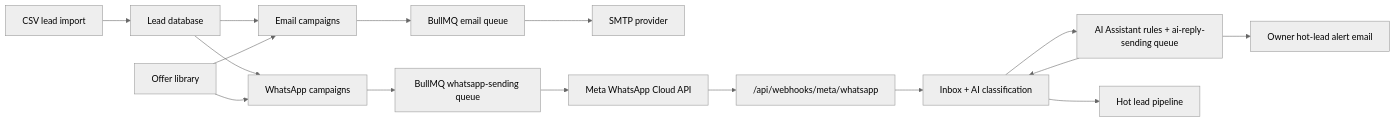
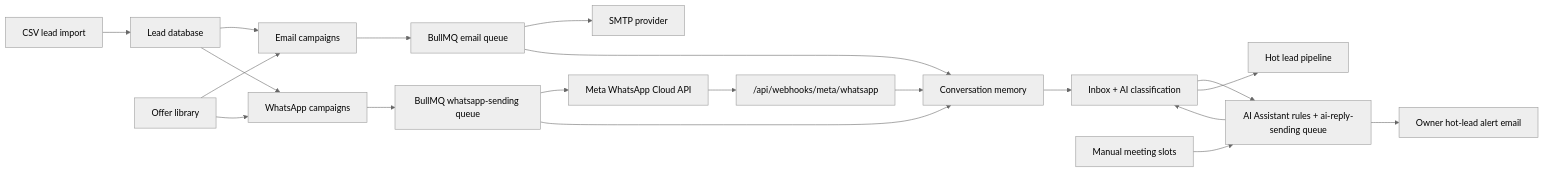
The diagram in docs/DEVELOPER_HANDOFF.md (virtuprose/email-marketing), drawn with Mermaid (neutral theme) before and after one commit. The commit also changed other lines of this file and 17 other files, not shown here.

````diff
--- a/docs/DEVELOPER_HANDOFF.md
+++ b/docs/DEVELOPER_HANDOFF.md
@@ -41,18 +46,22 @@
 ```mermaid
 flowchart LR
   CSV["CSV lead import"] --> Leads["Lead database"]
   Leads --> EmailCampaigns["Email campaigns"]
   Leads --> WhatsAppCampaigns["WhatsApp campaigns"]
   Offers["Offer library"] --> EmailCampaigns
   Offers --> WhatsAppCampaigns
   EmailCampaigns --> EmailQueue["BullMQ email queue"]
   WhatsAppCampaigns --> WAQueue["BullMQ whatsapp-sending queue"]
   EmailQueue --> SMTP["SMTP provider"]
   WAQueue --> Meta["Meta WhatsApp Cloud API"]
   Meta --> Webhooks["/api/webhooks/meta/whatsapp"]
-  Webhooks --> Inbox["Inbox + AI classification"]
+  Webhooks --> Memory["Conversation memory"]
+  EmailQueue --> Memory
+  WAQueue --> Memory
+  Memory --> Inbox["Inbox + AI classification"]
   Inbox --> AI["AI Assistant rules + ai-reply-sending queue"]
+  Slots["Manual meeting slots"] --> AI
   AI --> Inbox
   Inbox --> Pipeline["Hot lead pipeline"]
   AI --> Alert["Owner hot-lead alert email"]
 ```
````
